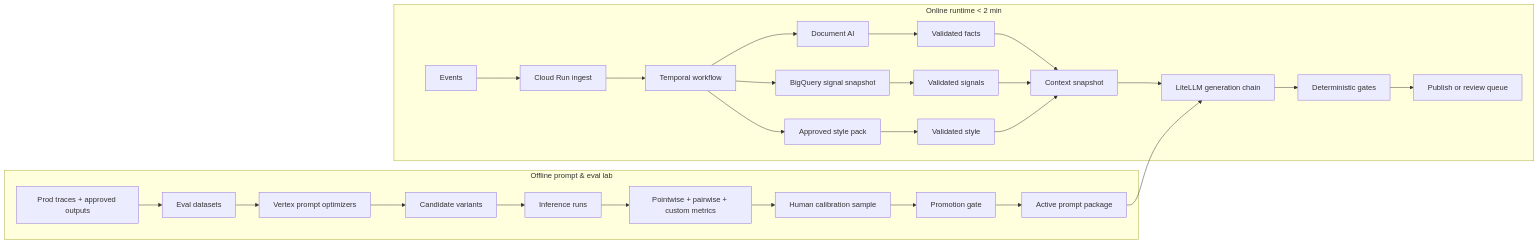
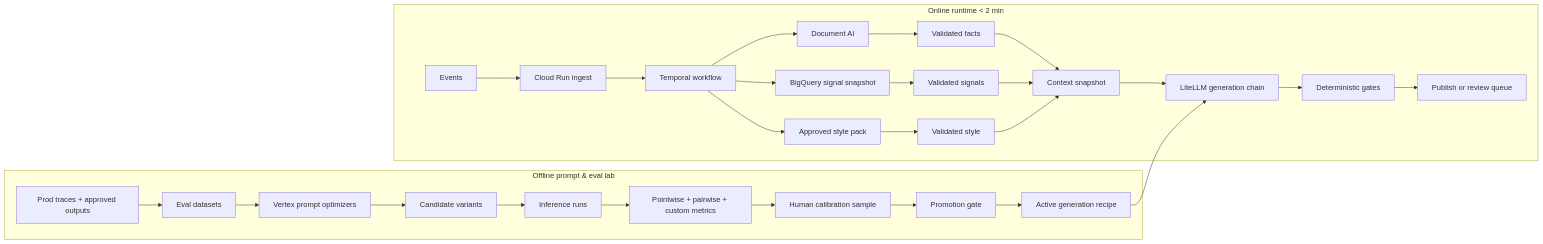
Before and after one commit to floriansollami/factory-writer: the third of 4 diagrams in GEMINI.md, drawn with Mermaid. The commit also changed other lines of this file and 97 other files, not shown here.

````diff
--- a/GEMINI.md
+++ b/GEMINI.md
@@ -918,32 +919,32 @@
 ```mermaid
 flowchart LR
     subgraph Runtime["Online runtime < 2 min"]
         A["Events"] --> B["Cloud Run ingest"]
         B --> C["Temporal workflow"]
         C --> D["Document AI"]
         C --> E["BigQuery signal snapshot"]
         C --> F["Approved style pack"]
         D --> G["Validated facts"]
         E --> H["Validated signals"]
         F --> I["Validated style"]
         G --> J["Context snapshot"]
         H --> J
         I --> J
         J --> K["LiteLLM generation chain"]
         K --> L["Deterministic gates"]
         L --> M["Publish or review queue"]
     end
 
     subgraph Lab["Offline prompt & eval lab"]
         N["Prod traces + approved outputs"] --> O["Eval datasets"]
         O --> P["Vertex prompt optimizers"]
         P --> Q["Candidate variants"]
         Q --> R["Inference runs"]
         R --> S["Pointwise + pairwise + custom metrics"]
         S --> T["Human calibration sample"]
         T --> U["Promotion gate"]
-        U --> V["Active prompt package"]
+        U --> V["Active generation recipe"]
     end
 
     V --> K
 ```
````
